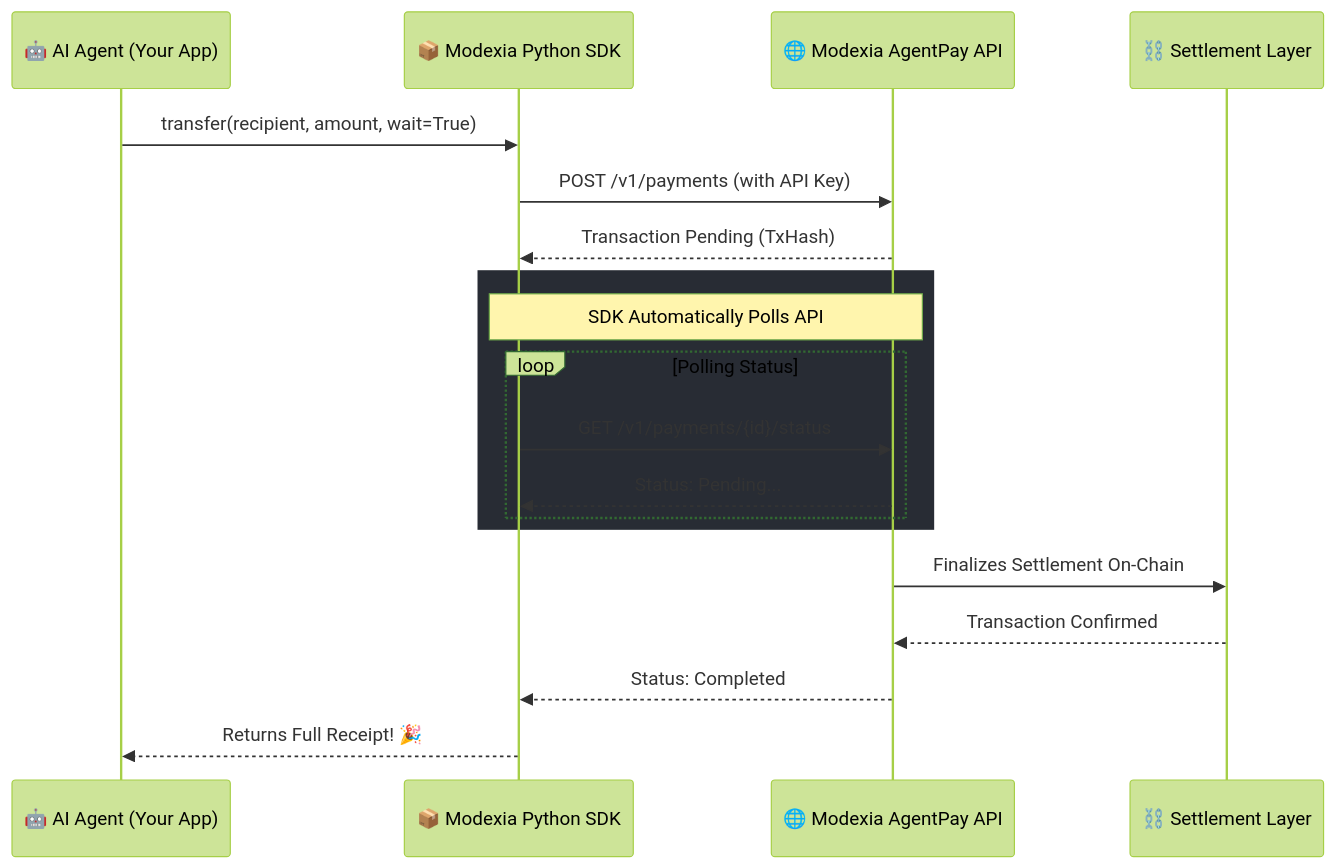
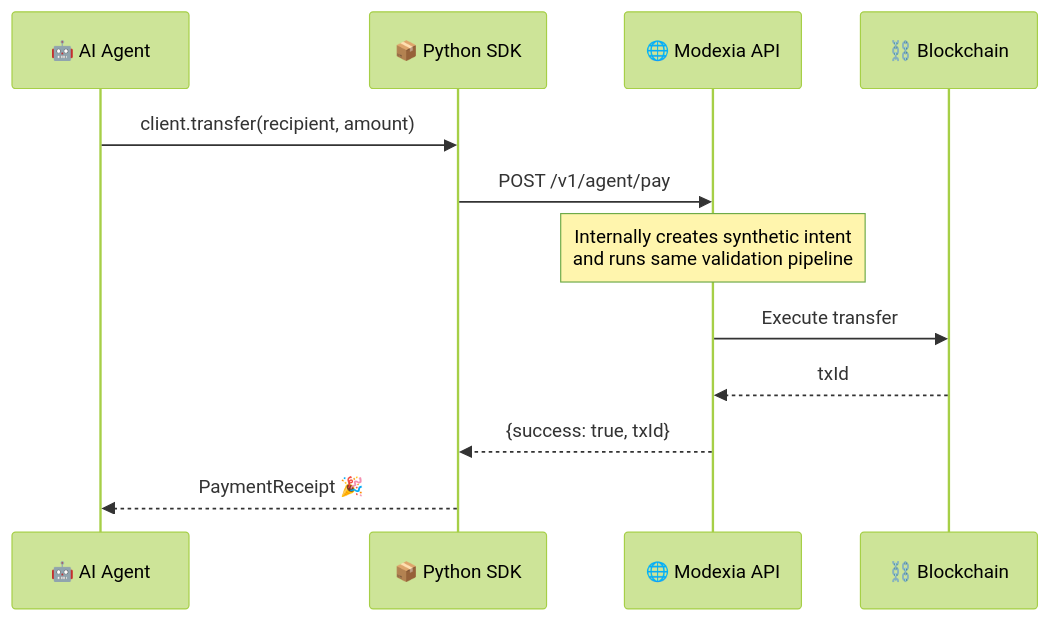
One commit to Modaniels/SDKs changed the second of 3 diagrams in SDKs/pythonSdk/README.md. Above: the diagram before and after it, drawn with Mermaid (forest theme). The commit also changed other lines of this file and 28 other files, not shown here.

Commit message:
release v0.7.0: include intent-to-pay functionality

````diff
--- a/SDKs/pythonSdk/README.md
+++ b/SDKs/pythonSdk/README.md
@@ -40,24 +89,15 @@
 ```mermaid
 sequenceDiagram
-    participant Agent as 🤖 AI Agent (Your App)
-    participant SDK as 📦 Modexia Python SDK
-    participant API as 🌐 Modexia AgentPay API
-    participant Chain as ⛓️ Settlement Layer
+    participant Agent as 🤖 AI Agent
+    participant SDK as 📦 Python SDK
+    participant API as 🌐 Modexia API
+    participant Chain as ⛓️ Blockchain
 
-    Agent->>SDK: transfer(recipient, amount, wait=True)
-    SDK->>API: POST /v1/payments (with API Key)
-    API-->>SDK: Transaction Pending (TxHash)
-    
-    rect rgb(40, 44, 52)
-    Note over SDK, API: SDK Automatically Polls API
-    loop Polling Status
-        SDK->>API: GET /v1/payments/{id}/status
-        API-->>SDK: Status: Pending...
-    end
-    end
-    
-    API->>Chain: Finalizes Settlement On-Chain
-    Chain-->>API: Transaction Confirmed
-    API-->>SDK: Status: Completed
-    SDK-->>Agent: Returns Full Receipt! 🎉
+    Agent->>SDK: client.transfer(recipient, amount)
+    SDK->>API: POST /v1/agent/pay
+    Note over API: Internally creates synthetic intent<br/>and runs same validation pipeline
+    API->>Chain: Execute transfer
+    Chain-->>API: txId
+    API-->>SDK: {success: true, txId}
+    SDK-->>Agent: PaymentReceipt 🎉
 ```
````
